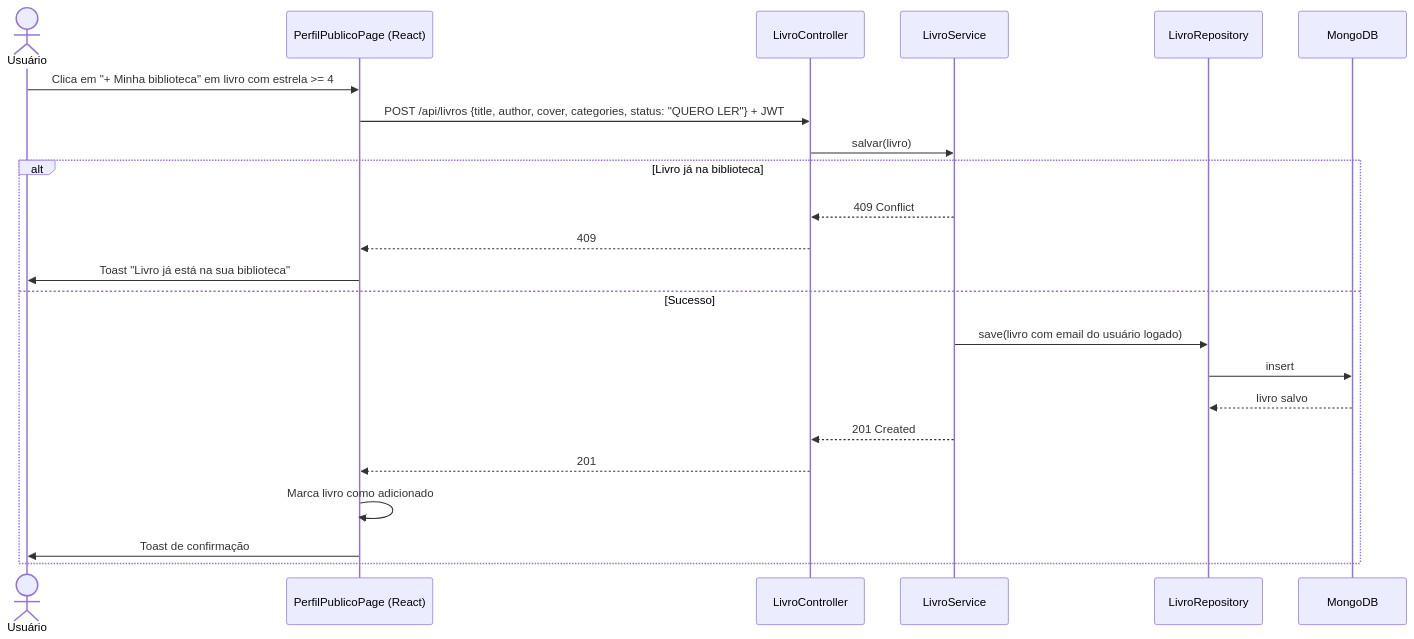
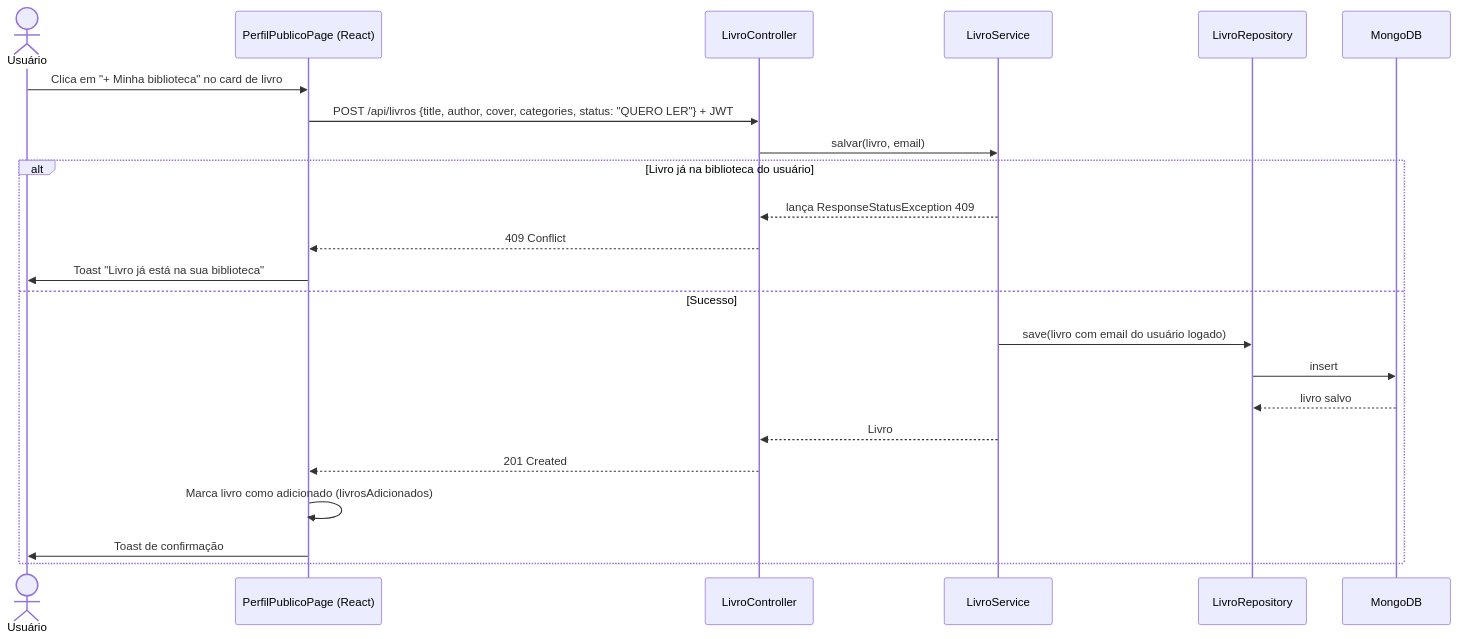
One commit to limmuz/biblioteca changed diagram 16 of 20 in RTM.md. Above: the diagram before and after it, drawn with Mermaid. The commit also changed other lines of this file and 47 other files, not shown here.

````diff
--- a/RTM.md
+++ b/RTM.md
@@ -464,26 +571,26 @@
 ```mermaid
 sequenceDiagram
     actor U as Usuário
     participant F as PerfilPublicoPage (React)
     participant C as LivroController
     participant S as LivroService
     participant R as LivroRepository
     participant M as MongoDB
 
-    U->>F: Clica em "+ Minha biblioteca" em livro com estrela >= 4
+    U->>F: Clica em "+ Minha biblioteca" no card de livro
     F->>C: POST /api/livros {title, author, cover, categories, status: "QUERO LER"} + JWT
-    C->>S: salvar(livro)
-    alt Livro já na biblioteca
-        S-->>C: 409 Conflict
-        C-->>F: 409
+    C->>S: salvar(livro, email)
+    alt Livro já na biblioteca do usuário
+        S-->>C: lança ResponseStatusException 409
+        C-->>F: 409 Conflict
         F->>U: Toast "Livro já está na sua biblioteca"
     else Sucesso
         S->>R: save(livro com email do usuário logado)
         R->>M: insert
         M-->>R: livro salvo
-        S-->>C: 201 Created
-        C-->>F: 201
-        F->>F: Marca livro como adicionado
+        S-->>C: Livro
+        C-->>F: 201 Created
+        F->>F: Marca livro como adicionado (livrosAdicionados)
         F->>U: Toast de confirmação
     end
 ```
````
